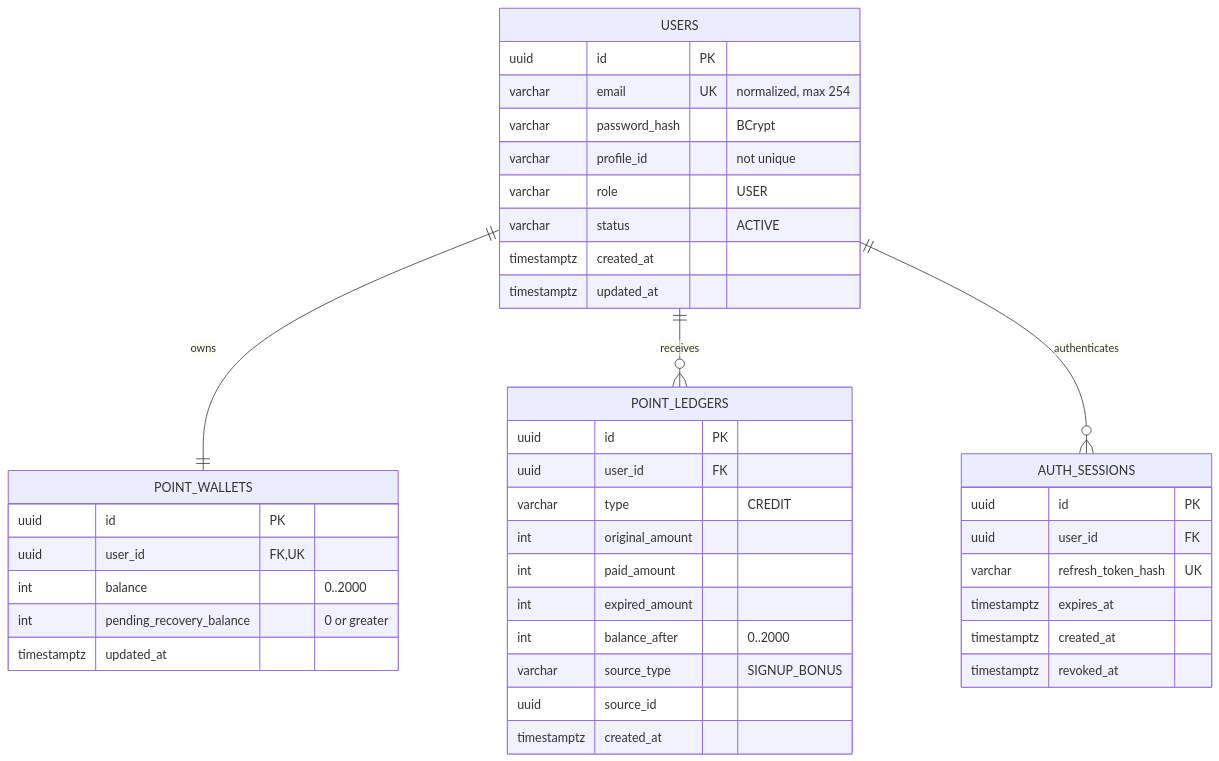
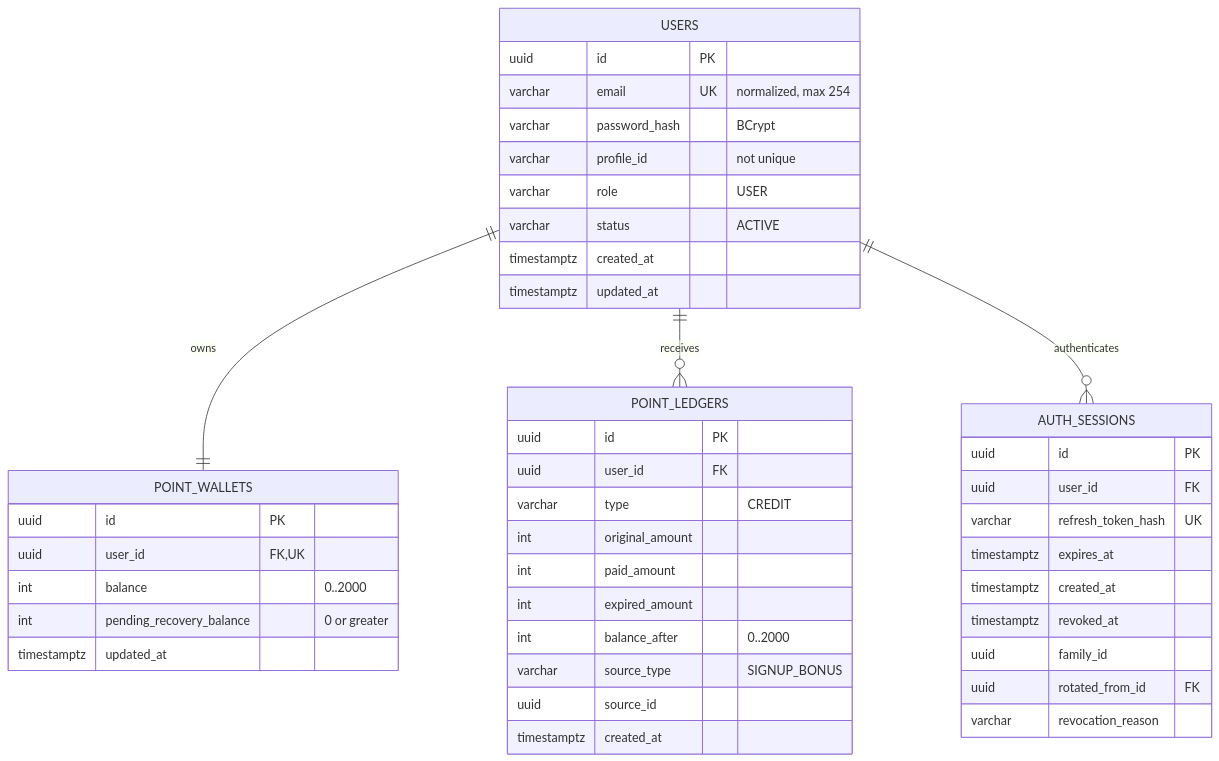
The diagram in docs/architecture/erd.md (OpenSeedDev/openseed-be), drawn with Mermaid before and after one commit. The commit also changed other lines of this file and 12 other files, not shown here.

````diff
--- a/docs/architecture/erd.md
+++ b/docs/architecture/erd.md
@@ -5,47 +5,50 @@
 ```mermaid
 erDiagram
     USERS ||--|| POINT_WALLETS : owns
     USERS ||--o{ POINT_LEDGERS : receives
     USERS ||--o{ AUTH_SESSIONS : authenticates
 
     USERS {
         uuid id PK
         varchar email UK "normalized, max 254"
         varchar password_hash "BCrypt"
         varchar profile_id "not unique"
         varchar role "USER"
         varchar status "ACTIVE"
         timestamptz created_at
         timestamptz updated_at
     }
 
     POINT_WALLETS {
         uuid id PK
         uuid user_id FK,UK
         int balance "0..2000"
         int pending_recovery_balance "0 or greater"
         timestamptz updated_at
     }
 
     POINT_LEDGERS {
         uuid id PK
         uuid user_id FK
         varchar type "CREDIT"
         int original_amount
         int paid_amount
         int expired_amount
         int balance_after "0..2000"
         varchar source_type "SIGNUP_BONUS"
         uuid source_id
         timestamptz created_at
     }
 
     AUTH_SESSIONS {
         uuid id PK
         uuid user_id FK
         varchar refresh_token_hash UK
         timestamptz expires_at
         timestamptz created_at
         timestamptz revoked_at
+        uuid family_id
+        uuid rotated_from_id FK
+        varchar revocation_reason
     }
 ```
````
